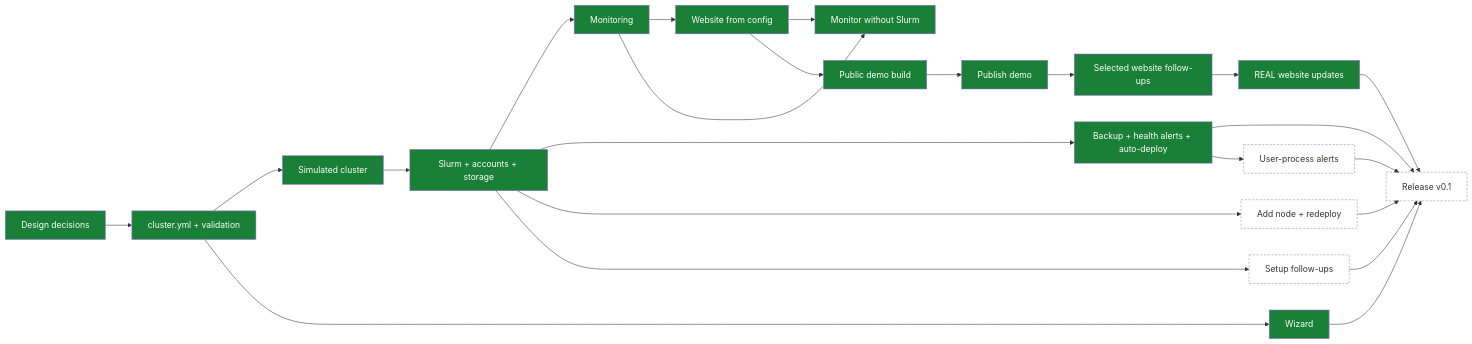
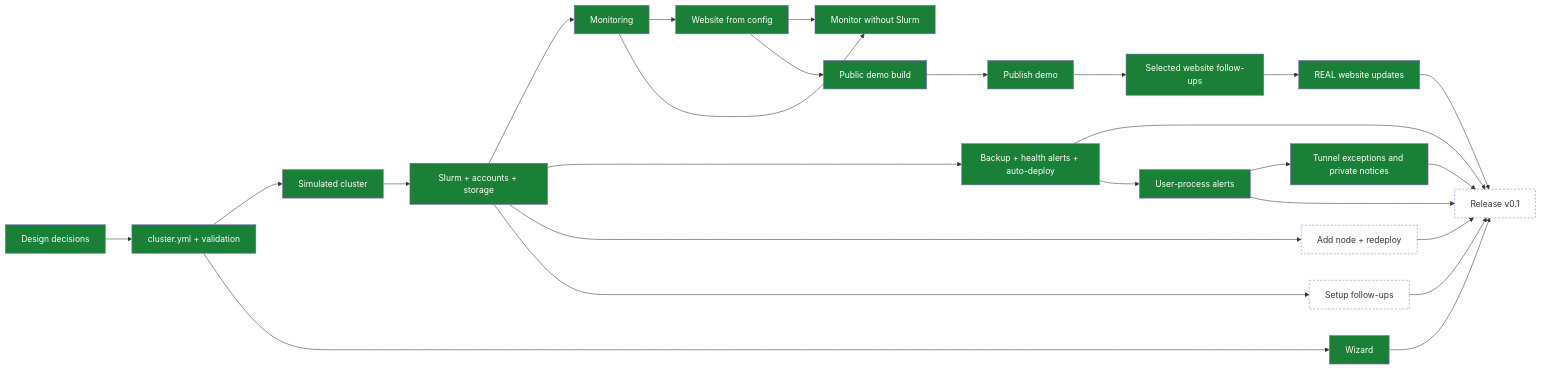
One commit to enajx/nanoHPC changed the diagram in TODO.md. Above: the diagram before and after it, drawn with Mermaid. The commit also changed other lines of this file and 32 other files, not shown here.

````diff
--- a/TODO.md
+++ b/TODO.md
@@ -11,29 +11,31 @@
 ```mermaid
 flowchart LR
   classDef done fill:#1a7f37,color:#fff
   classDef wip fill:#d4a72c,color:#000
   classDef queued fill:none,stroke-dasharray:4 3
 
   D[Design decisions]:::done --> C[cluster.yml + validation]:::done
   C --> SIM[Simulated cluster]:::done
   SIM --> S[Slurm + accounts + storage]:::done
   S --> M[Monitoring]:::done
   M --> W[Website from config]:::done
   S --> BK[Backup + health alerts + auto-deploy]:::done
   C --> WZ[Wizard]:::done
   M --> MO[Monitor without Slurm]:::done
   W --> MO
   S --> N[Add node + redeploy]:::queued
   W --> DEMO[Public demo build]:::done
   DEMO --> DP[Publish demo]:::done
   DP --> WF[Selected website follow-ups]:::done
   WF --> NW[REAL website updates]:::done
   NW --> R[Release v0.1]:::queued
   BK --> R
-  BK --> UC[User-process alerts]:::queued
+  BK --> UC[User-process alerts]:::done
+  UC --> UA[Tunnel exceptions and private notices]:::done
   UC --> R
+  UA --> R
   WZ --> R
   N --> R
   S --> F[Setup follow-ups]:::queued
   F --> R
 ```
````
